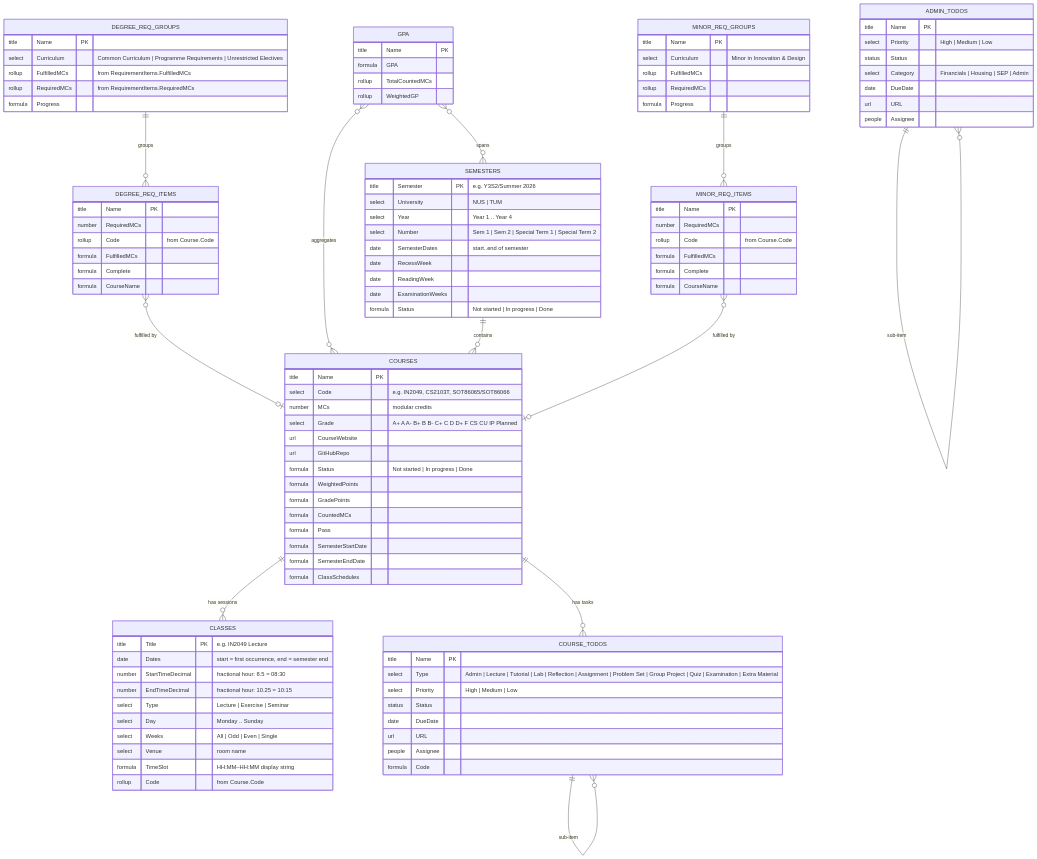
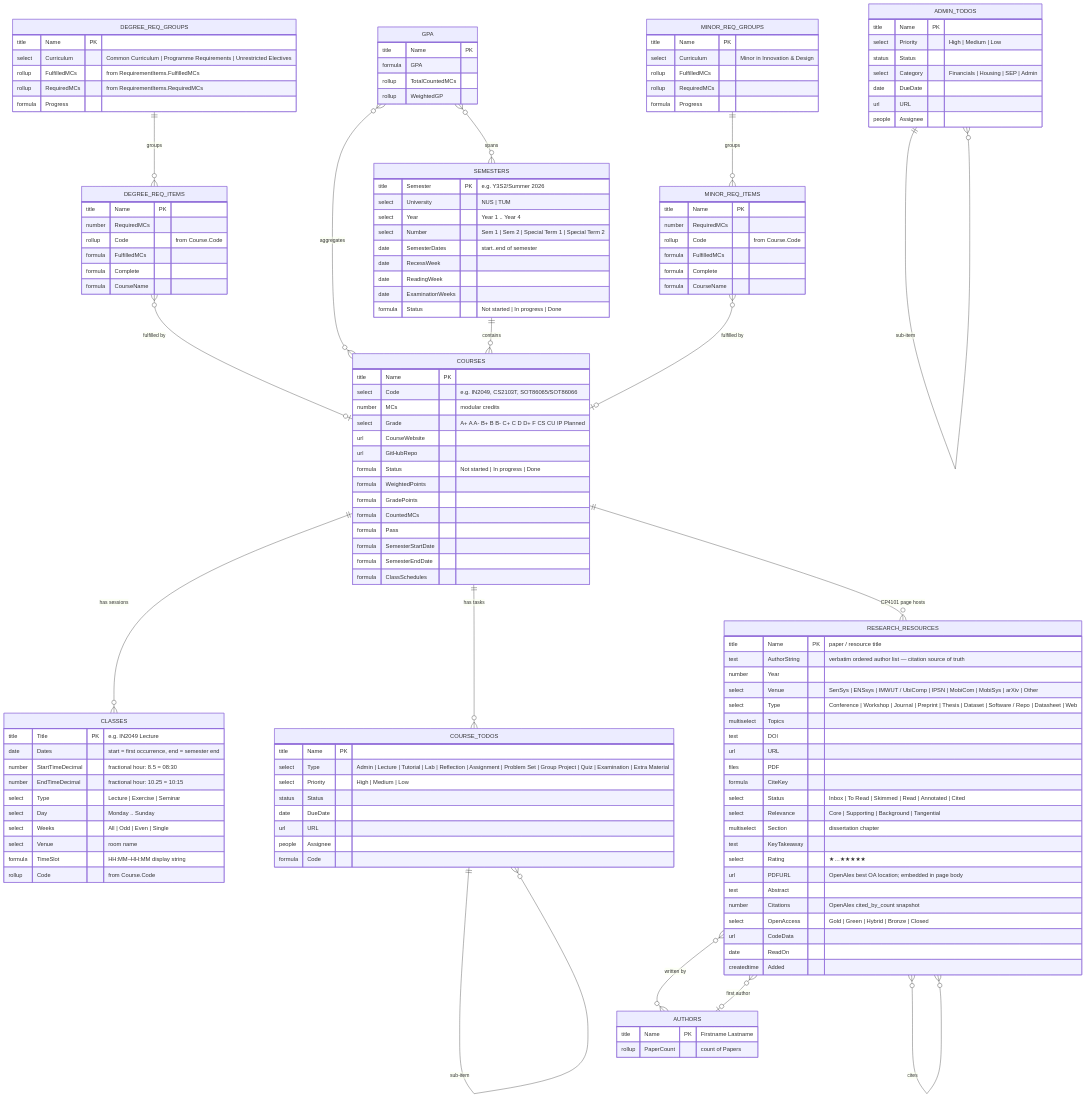
The first of 2 diagrams in docs/notion-schema-erd.md (namitdeb739/notion-automations), drawn with Mermaid before and after one commit. The commit also changed other lines of this file and 6 other files, not shown here.

First line of the commit message:
feat(research): add na research-add for verified paper import (#1)

````diff
--- a/docs/notion-schema-erd.md
+++ b/docs/notion-schema-erd.md
@@ -111,6 +111,36 @@
         rollup WeightedGP
     }
 
+    RESEARCH_RESOURCES {
+        title   Name            PK  "paper / resource title"
+        text    AuthorString        "verbatim ordered author list — citation source of truth"
+        number  Year
+        select  Venue               "SenSys | ENSsys | IMWUT / UbiComp | IPSN | MobiCom | MobiSys | arXiv | Other"
+        select  Type                "Conference | Workshop | Journal | Preprint | Thesis | Dataset | Software / Repo | Datasheet | Web"
+        multiselect Topics
+        text    DOI
+        url     URL
+        files   PDF
+        formula CiteKey             "<surname><year><firstTitleWord>"
+        select  Status              "Inbox | To Read | Skimmed | Read | Annotated | Cited"
+        select  Relevance           "Core | Supporting | Background | Tangential"
+        multiselect Section         "dissertation chapter"
+        text    KeyTakeaway
+        select  Rating              "★…★★★★★"
+        url     PDFURL              "OpenAlex best OA location; embedded in page body"
+        text    Abstract
+        number  Citations           "OpenAlex cited_by_count snapshot"
+        select  OpenAccess          "Gold | Green | Hybrid | Bronze | Closed"
+        url     CodeData
+        date    ReadOn
+        createdtime Added
+    }
+
+    AUTHORS {
+        title  Name             PK  "Firstname Lastname"
+        rollup PaperCount           "count of Papers"
+    }
+
     SEMESTERS         ||--o{ COURSES           : "contains"
     COURSES           ||--o{ CLASSES           : "has sessions"
     COURSES           ||--o{ COURSE_TODOS      : "has tasks"
@@ -122,4 +152,8 @@
     MINOR_REQ_ITEMS   }o--o| COURSES           : "fulfilled by"
     GPA               }o--o{ COURSES           : "aggregates"
     GPA               }o--o{ SEMESTERS         : "spans"
+    COURSES           ||--o{ RESEARCH_RESOURCES : "CP4101 page hosts"
+    RESEARCH_RESOURCES }o--o{ AUTHORS          : "written by"
+    RESEARCH_RESOURCES }o--o| AUTHORS          : "first author"
+    RESEARCH_RESOURCES }o--o{ RESEARCH_RESOURCES : "cites"
 ```
````
